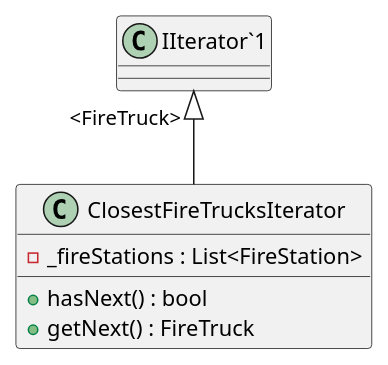
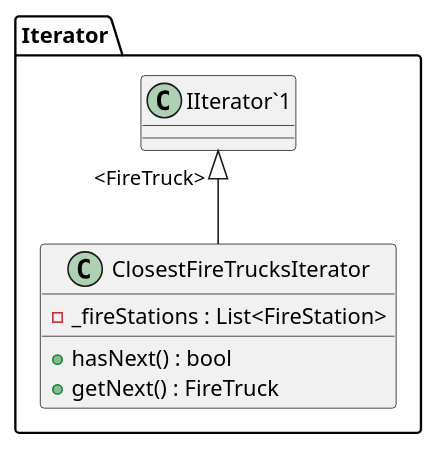
Before and after one commit to john-bartu/cut-oot: the diagram in TO_Lab_5/puml-classes/ClosestFireTrucksIterator.puml, drawn with PlantUML. The commit also changed 10 other files, not shown here.

Commit message:
Another better uml

```diff
--- a/TO_Lab_5/puml-classes/ClosestFireTrucksIterator.puml
+++ b/TO_Lab_5/puml-classes/ClosestFireTrucksIterator.puml
@@ -1,8 +1,12 @@
 @startuml
+
+package Iterator{
 class ClosestFireTrucksIterator {
     - _fireStations : List<FireStation>
     + hasNext() : bool
     + getNext() : FireTruck
 }
 "IIterator`1" "<FireTruck>" <|-- ClosestFireTrucksIterator
+
+}
 @enduml
```
